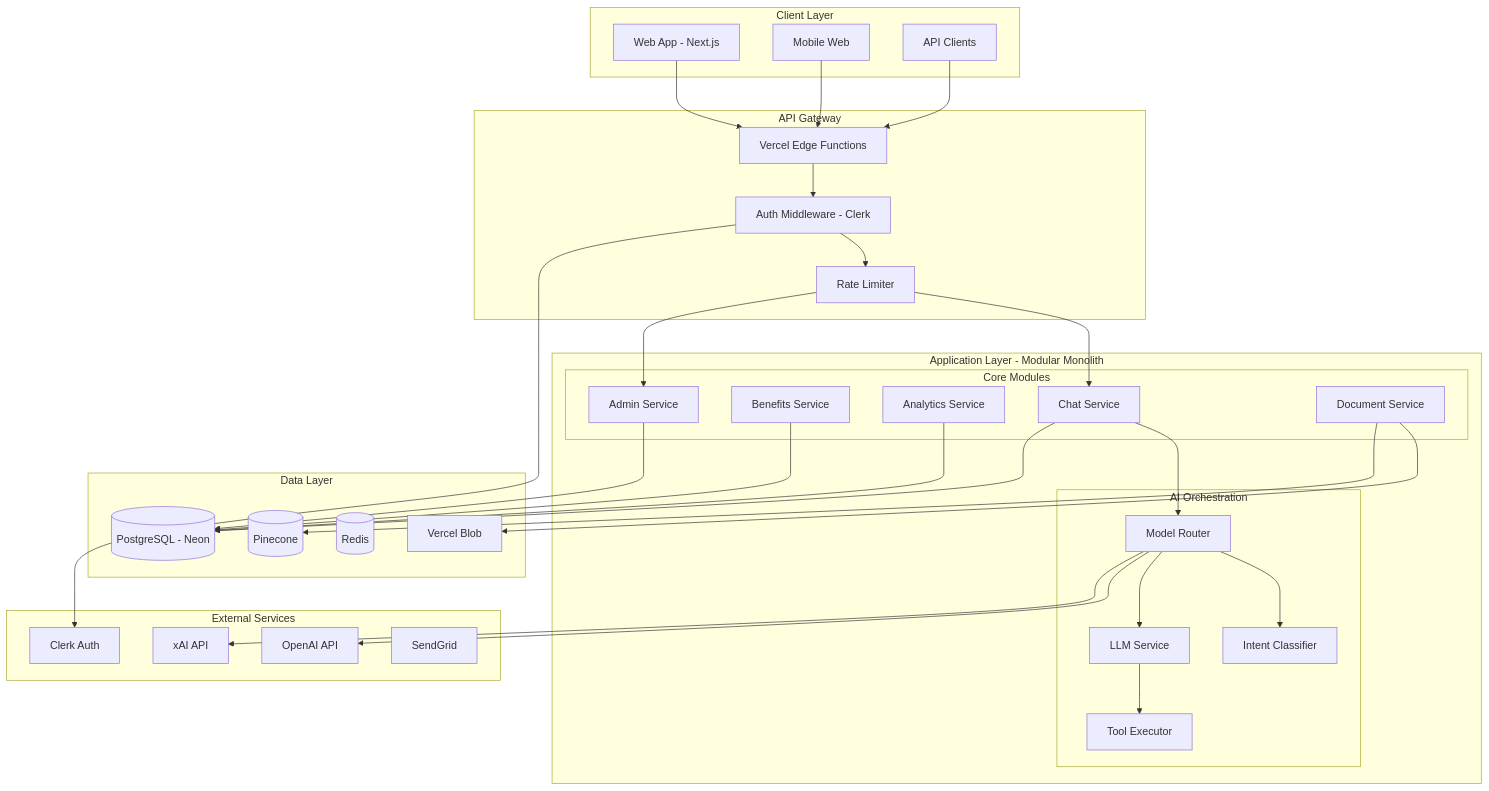
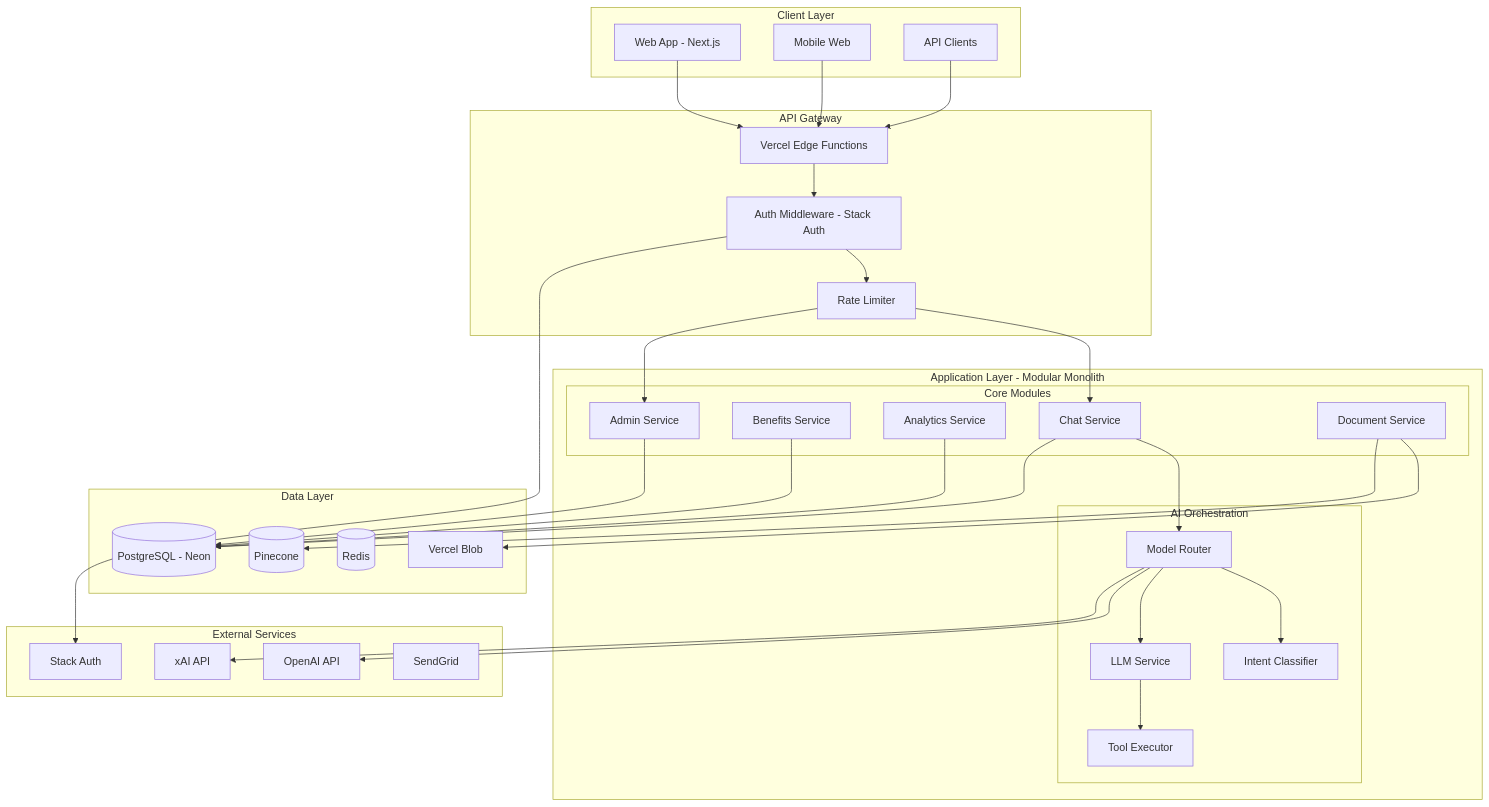
Before and after one commit to sonalmogra28/benefitsaichatbot: the diagram in .development_protocol/development_architecture.md, drawn with Mermaid. The commit also changed other lines of this file and 8 other files, not shown here.

````diff
--- a/.development_protocol/development_architecture.md
+++ b/.development_protocol/development_architecture.md
@@ -60,71 +60,71 @@
 ```mermaid
 graph TB
     subgraph "Client Layer"
         WEB[Web App - Next.js]
         MOBILE[Mobile Web]
         API_CLIENT[API Clients]
     end
     
     subgraph "API Gateway"
         GATEWAY[Vercel Edge Functions]
-        AUTH[Auth Middleware - Clerk]
+        AUTH[Auth Middleware - Stack Auth]
         RATE[Rate Limiter]
     end
     
     subgraph "Application Layer - Modular Monolith"
         subgraph "Core Modules"
             CHAT[Chat Service]
             BENEFITS[Benefits Service]
             ANALYTICS[Analytics Service]
             ADMIN[Admin Service]
             DOC[Document Service]
         end
         
         subgraph "AI Orchestration"
             ROUTER[Model Router]
             INTENT[Intent Classifier]
             LLM[LLM Service]
             TOOLS[Tool Executor]
         end
     end
     
     subgraph "Data Layer"
         PG[(PostgreSQL - Neon)]
         VECTOR[(Pinecone)]
         REDIS[(Redis)]
         BLOB[Vercel Blob]
     end
     
     subgraph "External Services"
         OPENAI[OpenAI API]
         XAI[xAI API]
-        CLERK_AUTH[Clerk Auth]
+        STACK_AUTH[Stack Auth]
         SENDGRID[SendGrid]
     end
     
     WEB --> GATEWAY
     MOBILE --> GATEWAY
     API_CLIENT --> GATEWAY
     
     GATEWAY --> AUTH
     AUTH --> RATE
     RATE --> CHAT
     RATE --> ADMIN
     
     CHAT --> ROUTER
     ROUTER --> INTENT
     ROUTER --> LLM
     LLM --> TOOLS
     
     CHAT --> PG
     BENEFITS --> PG
     ANALYTICS --> PG
     ADMIN --> PG
     
     DOC --> BLOB
     DOC --> VECTOR
     
     ROUTER --> OPENAI
     ROUTER --> XAI
-    AUTH --> CLERK_AUTH
+    AUTH --> STACK_AUTH
 ```
````
